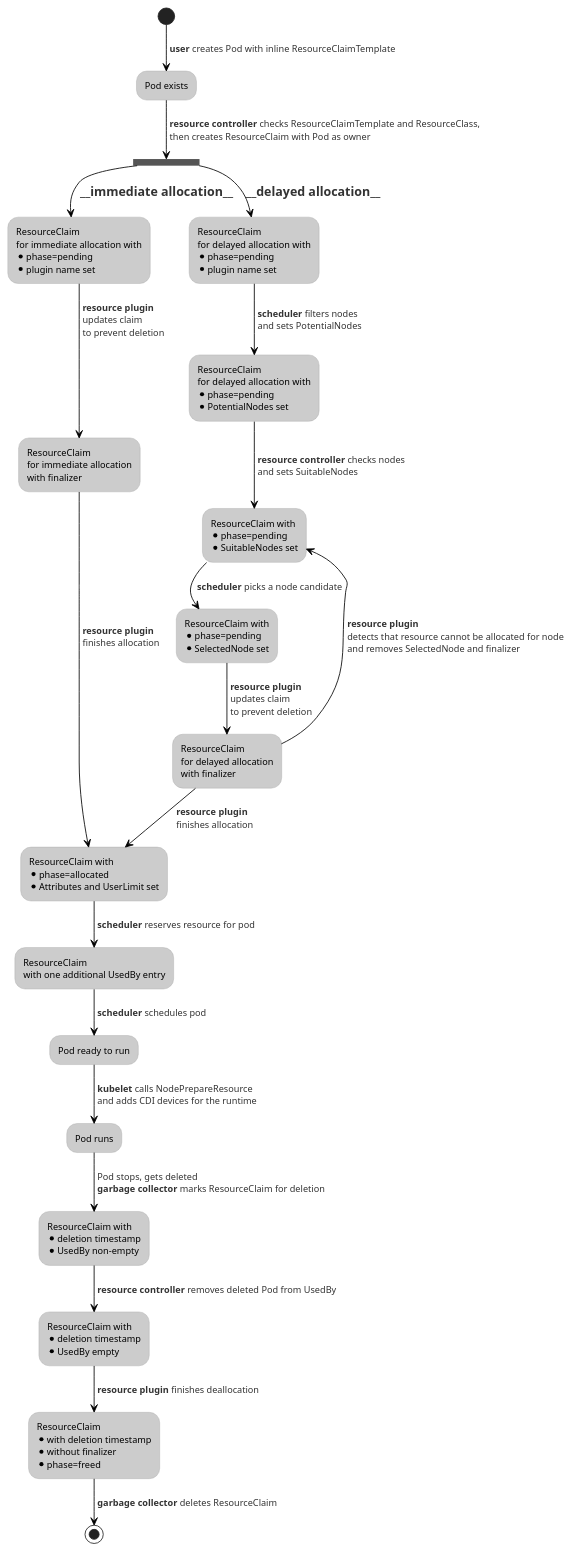
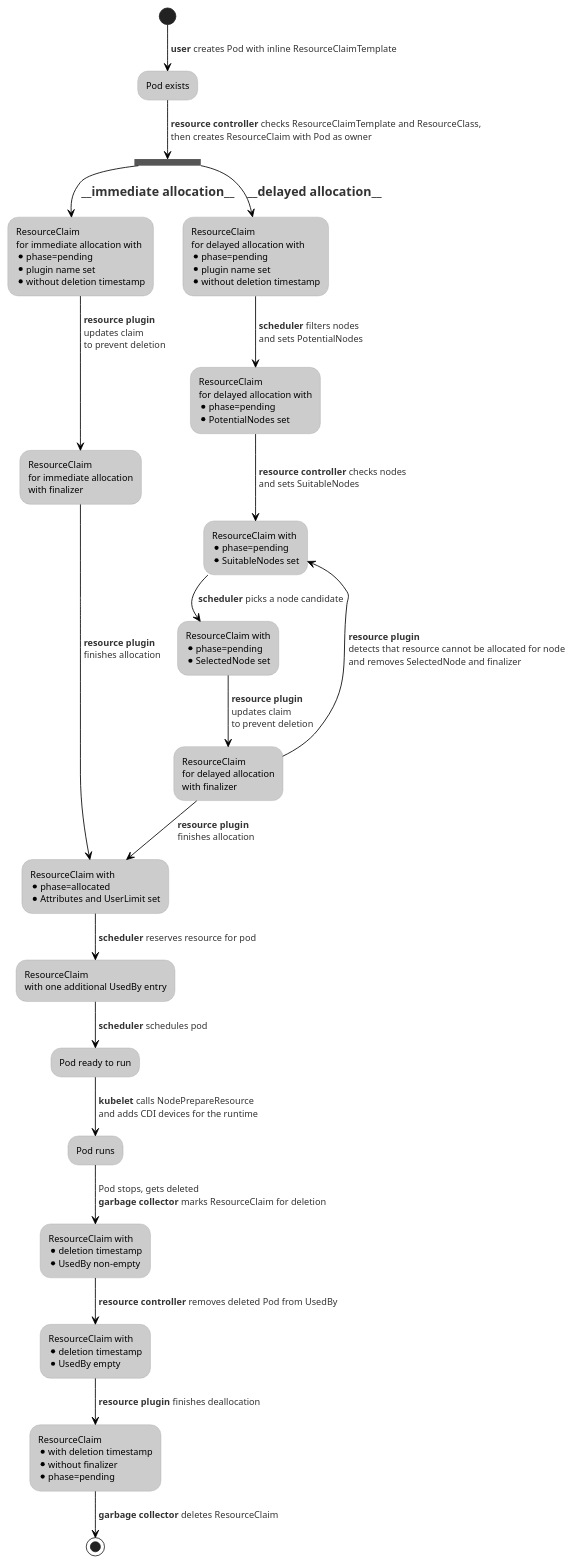
One commit to kubernetes/enhancements changed the diagram in keps/sig-node/3063-dynamic-resource-allocation/allocation.puml. Above: the diagram before and after it, drawn with PlantUML. The commit also changed 2 other files, not shown here.

Commit message:
dynamic resource allocation: eliminate phase=freed
This is the same as "pending" except that there is a deletion timestamp.

```diff
--- a/keps/sig-node/3063-dynamic-resource-allocation/allocation.puml
+++ b/keps/sig-node/3063-dynamic-resource-allocation/allocation.puml
@@ -1,28 +1,28 @@
 @startuml
 !theme reddress-lightblue
 
 (*) -->[ **user** creates Pod with inline ResourceClaimTemplate ] "Pod exists"
 -->[ **resource controller** checks ResourceClaimTemplate and ResourceClass,\l then creates ResourceClaim with Pod as owner ] ==B1==
 
-==B1== -->[= __immediate allocation__] "ResourceClaim\lfor immediate allocation with\l* phase=pending\l* plugin name set"
+==B1== -->[= __immediate allocation__] "ResourceClaim\lfor immediate allocation with\l* phase=pending\l* plugin name set\l* without deletion timestamp"
   -->[ **resource plugin**\l updates claim\l to prevent deletion] "ResourceClaim\lfor immediate allocation\lwith finalizer"
   -->[ **resource plugin**\l finishes allocation] "ResourceClaim with\l* phase=allocated\n* Attributes and UserLimit set" as ALLOCATED
 
 
-==B1== -->[= __delayed allocation__] "ResourceClaim\lfor delayed allocation with\l* phase=pending\l* plugin name set"
+==B1== -->[= __delayed allocation__] "ResourceClaim\lfor delayed allocation with\l* phase=pending\l* plugin name set\l* without deletion timestamp"
   -->[ **scheduler** filters nodes\l and sets PotentialNodes ] "ResourceClaim\lfor delayed allocation with\l* phase=pending\l* PotentialNodes set"
   -->[ **resource controller** checks nodes\l and sets SuitableNodes] "ResourceClaim with\l* phase=pending\l* SuitableNodes set" as READY_FOR_SCHEDULING
   -->[ **scheduler** picks a node candidate ] "ResourceClaim with\l* phase=pending\l* SelectedNode set"
   -->[ **resource plugin**\l updates claim\l to prevent deletion] "ResourceClaim\lfor delayed allocation\lwith finalizer" as ALLOCATING
   -->[ **resource plugin**\l finishes allocation ] ALLOCATED
 
   ALLOCATING -->[ **resource plugin**\l detects that resource cannot be allocated for node\n and removes SelectedNode and finalizer ] READY_FOR_SCHEDULING
 
 ALLOCATED -->[ **scheduler** reserves resource for pod ]  "ResourceClaim\lwith one additional UsedBy entry"
 -->[ **scheduler** schedules pod ] "Pod ready to run"
 -->[ **kubelet** calls NodePrepareResource\l and adds CDI devices for the runtime ] "Pod runs"
 -->[ Pod stops, gets deleted\l **garbage collector** marks ResourceClaim for deletion ] "ResourceClaim with\l* deletion timestamp\l* UsedBy non-empty"
 -->[ **resource controller** removes deleted Pod from UsedBy ] "ResourceClaim with\l* deletion timestamp\l* UsedBy empty"
--->[ **resource plugin** finishes deallocation ] "ResourceClaim\l* with deletion timestamp\l* without finalizer\l* phase=freed"
+-->[ **resource plugin** finishes deallocation ] "ResourceClaim\l* with deletion timestamp\l* without finalizer\l* phase=pending"
 -->[ **garbage collector** deletes ResourceClaim ] (*)
 @enduml
```
